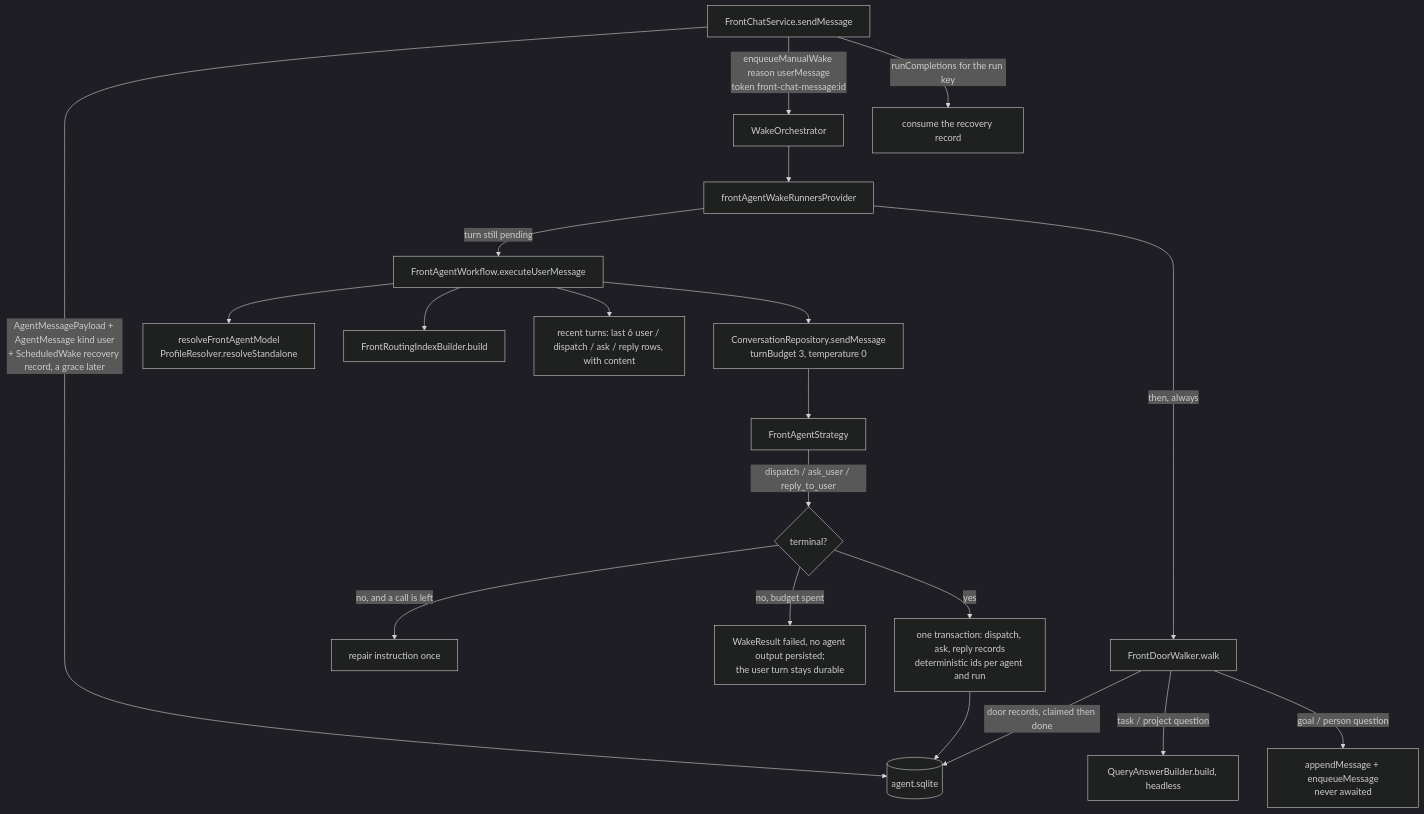
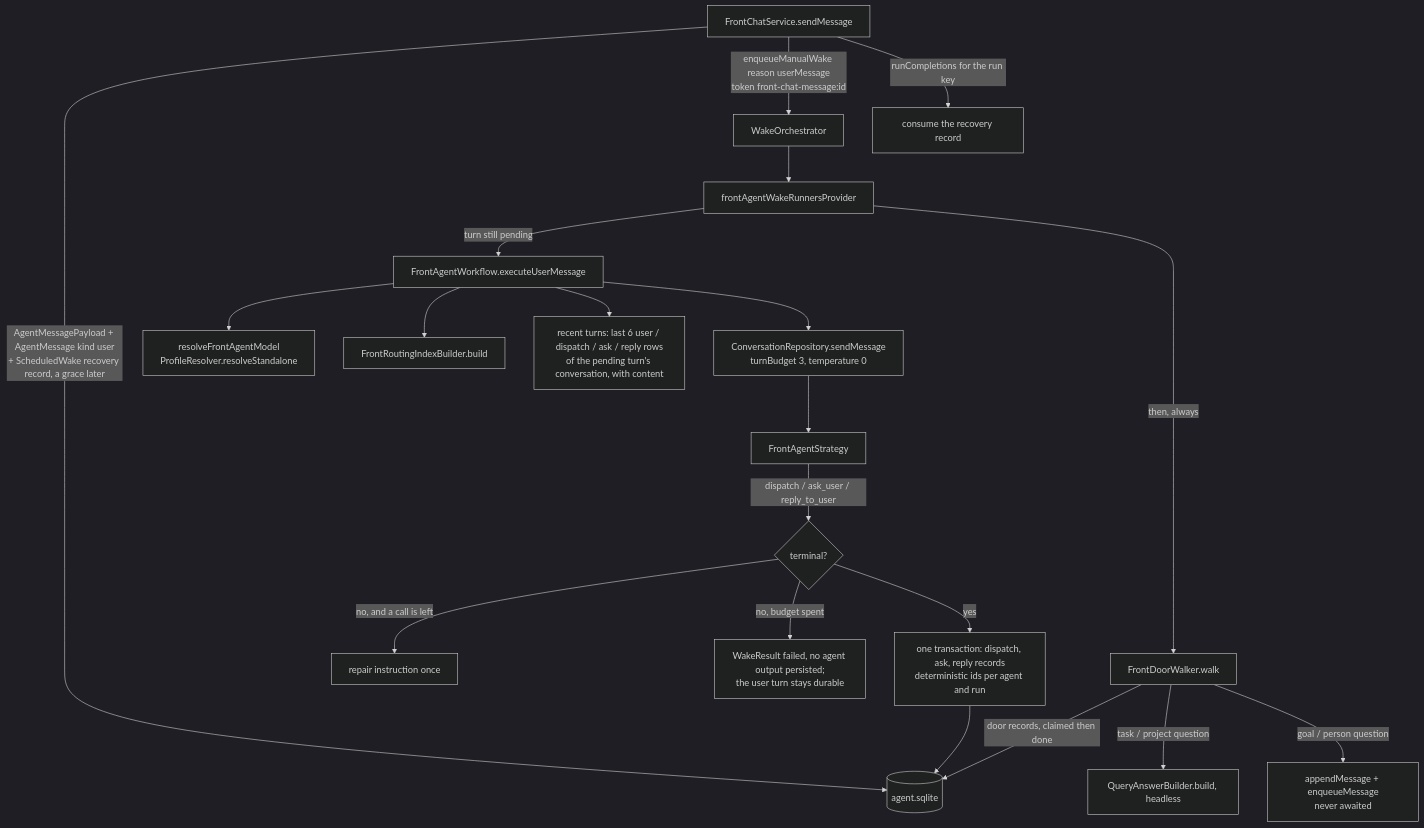
Before and after one commit to matthiasn/lotti: the first of 4 diagrams in knowledge/features/front_agent.md, drawn with Mermaid (dark theme). The commit also changed other lines of this file and 63 other files, not shown here.

````diff
--- a/knowledge/features/front_agent.md
+++ b/knowledge/features/front_agent.md
@@ -113,22 +129,22 @@
 ```mermaid
 flowchart TD
   U[FrontChatService.sendMessage] -->|AgentMessagePayload + AgentMessage kind user<br/>+ ScheduledWake recovery record, a grace later| D[(agent.sqlite)]
   U -->|enqueueManualWake reason userMessage<br/>token front-chat-message:id| W[WakeOrchestrator]
   W --> R[frontAgentWakeRunnersProvider]
   R -->|turn still pending| X[FrontAgentWorkflow.executeUserMessage]
   R -->|then, always| K[FrontDoorWalker.walk]
   K -->|door records, claimed then done| D
   K -->|task / project question| Q[QueryAnswerBuilder.build, headless]
   K -->|goal / person question| G[appendMessage + enqueueMessage<br/>never awaited]
   U -->|runCompletions for the run key| V[consume the recovery record]
   X --> M[resolveFrontAgentModel<br/>ProfileResolver.resolveStandalone]
   X --> I[FrontRoutingIndexBuilder.build]
-  X --> T[recent turns: last 6 user / dispatch / ask / reply rows, with content]
+  X --> T[recent turns: last 6 user / dispatch / ask / reply rows<br/>of the pending turn's conversation, with content]
   X --> C[ConversationRepository.sendMessage<br/>turnBudget 3, temperature 0]
   C --> S[FrontAgentStrategy]
   S -->|dispatch / ask_user / reply_to_user| E{terminal?}
   E -->|no, and a call is left| P[repair instruction once]
   E -->|no, budget spent| F[WakeResult failed, no agent output persisted;<br/>the user turn stays durable]
   E -->|yes| O[one transaction: dispatch, ask, reply records<br/>deterministic ids per agent and run]
   O --> D
 ```
````
